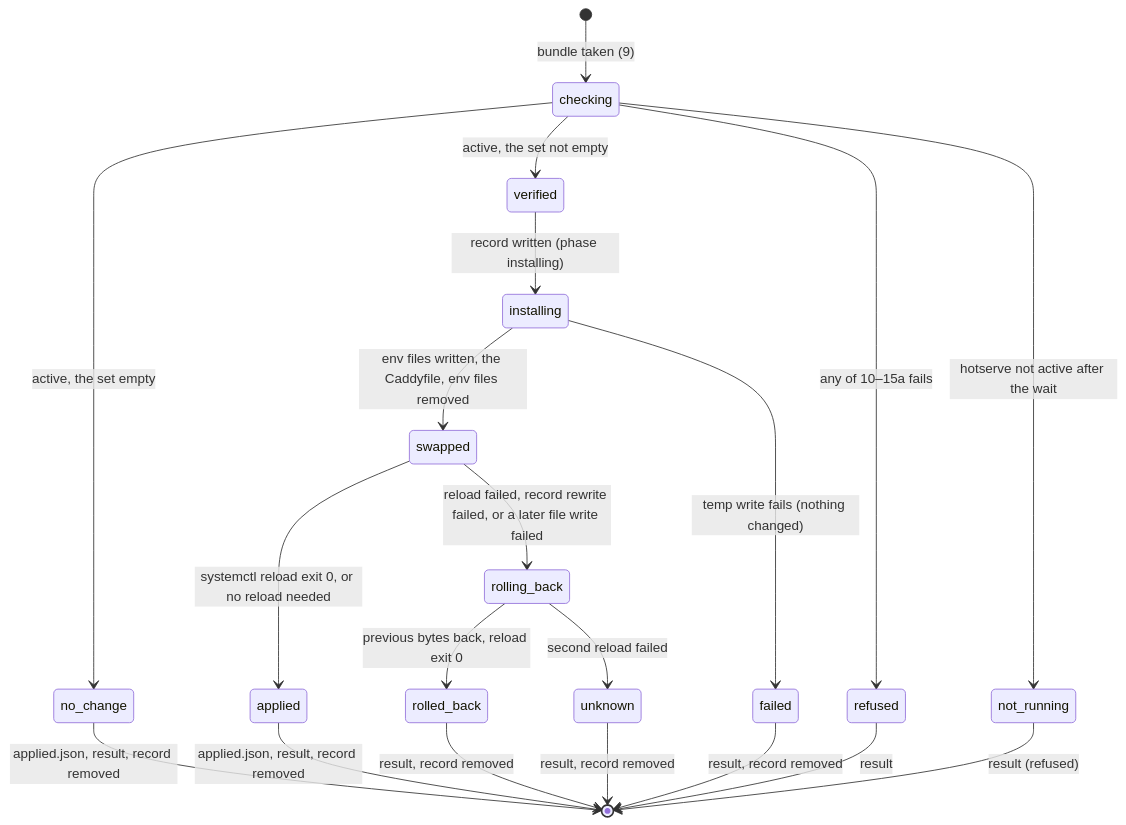
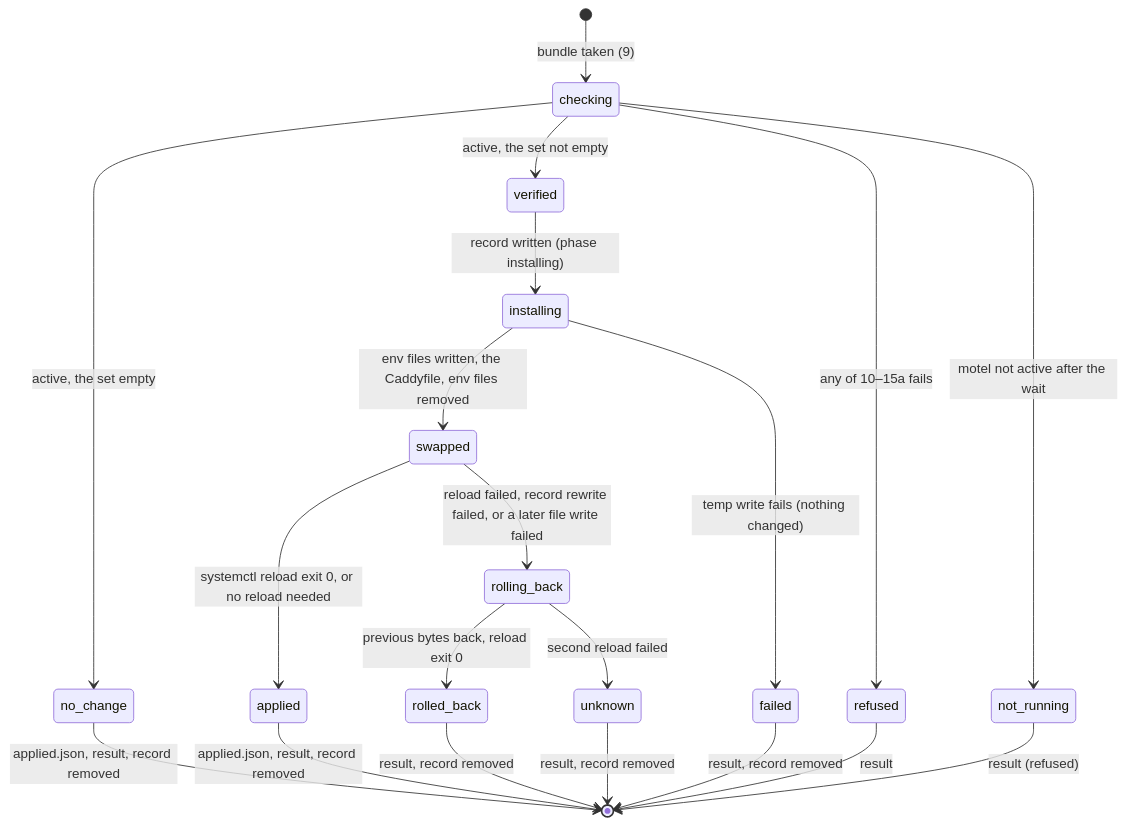
The first of 4 diagrams in box/DESIGN-box.md (earthlingdavey/hotserve), drawn with Mermaid before and after one commit. The commit also changed other lines of this file and 390 other files, not shown here.

````diff
--- a/box/DESIGN-box.md
+++ b/box/DESIGN-box.md
@@ -877,22 +877,22 @@
 ```mermaid
 stateDiagram-v2
     [*] --> checking : bundle taken (9)
     checking --> refused : any of 10–15a fails
-    checking --> not_running : hotserve not active after the wait
+    checking --> not_running : motel not active after the wait
     checking --> no_change : active, the set empty
     checking --> verified : active, the set not empty
     no_change --> [*] : applied.json, result, record removed
     verified --> installing : record written (phase installing)
     installing --> failed : temp write fails (nothing changed)
     installing --> swapped : env files written, the Caddyfile, env files removed
     swapped --> applied : systemctl reload exit 0, or no reload needed
     swapped --> rolling_back : reload failed, record rewrite failed, or a later file write failed
     applied --> [*] : applied.json, result, record removed
     rolling_back --> rolled_back : previous bytes back, reload exit 0
     rolling_back --> unknown : second reload failed
     rolled_back --> [*] : result, record removed
     unknown --> [*] : result, record removed
     failed --> [*] : result, record removed
     refused --> [*] : result
     not_running --> [*] : result (refused)
 ```
````
